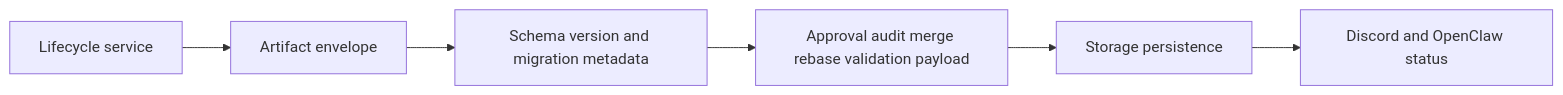
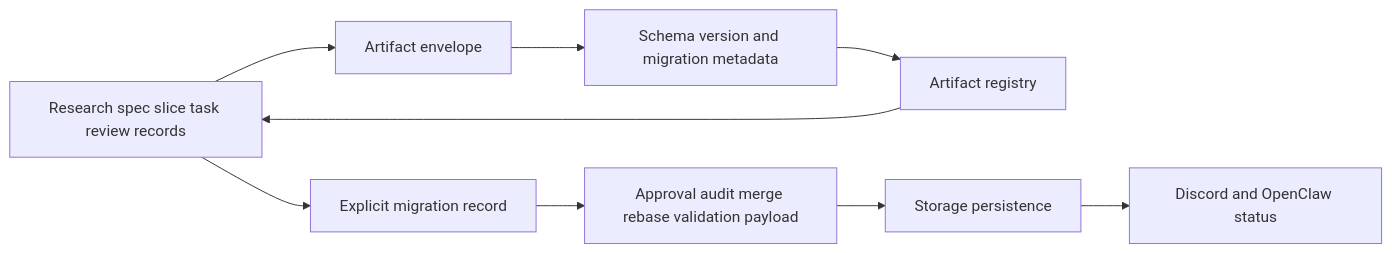
One commit to VannaDii/ironloom changed the diagram in packages/artifacts/README.md. Above: the diagram before and after it, drawn with Mermaid. The commit also changed other lines of this file and 12 other files, not shown here.

Commit message:
feat: add artifact registry contracts

````diff
--- a/packages/artifacts/README.md
+++ b/packages/artifacts/README.md
@@ -11,8 +11,11 @@
 ```mermaid
 flowchart LR
   Lifecycle[Lifecycle service] --> Envelope[Artifact envelope]
   Envelope --> Version[Schema version and migration metadata]
-  Version --> Payload[Approval audit merge rebase validation payload]
+  Version --> Registry[Artifact registry]
+  Registry --> Lifecycle[Research spec slice task review records]
+  Lifecycle --> Migration[Explicit migration record]
+  Migration --> Payload[Approval audit merge rebase validation payload]
   Payload --> Storage[Storage persistence]
   Storage --> Operator[Discord and OpenClaw status]
 ```
````
